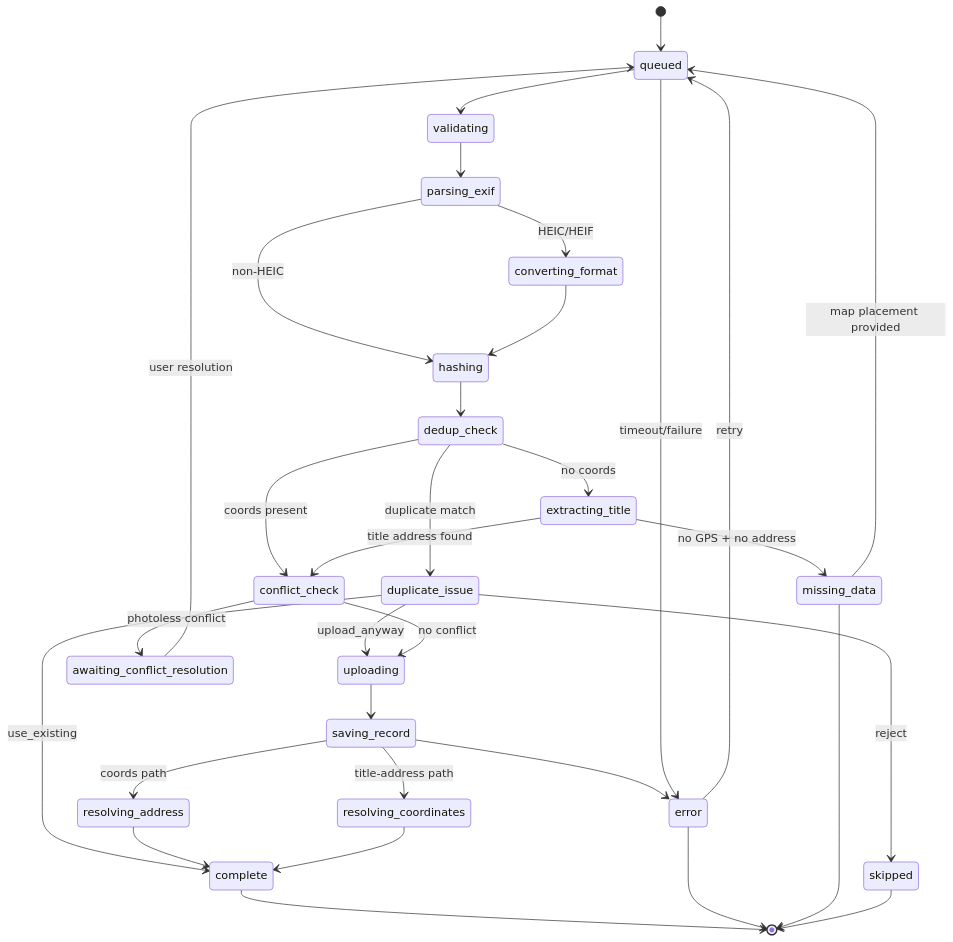
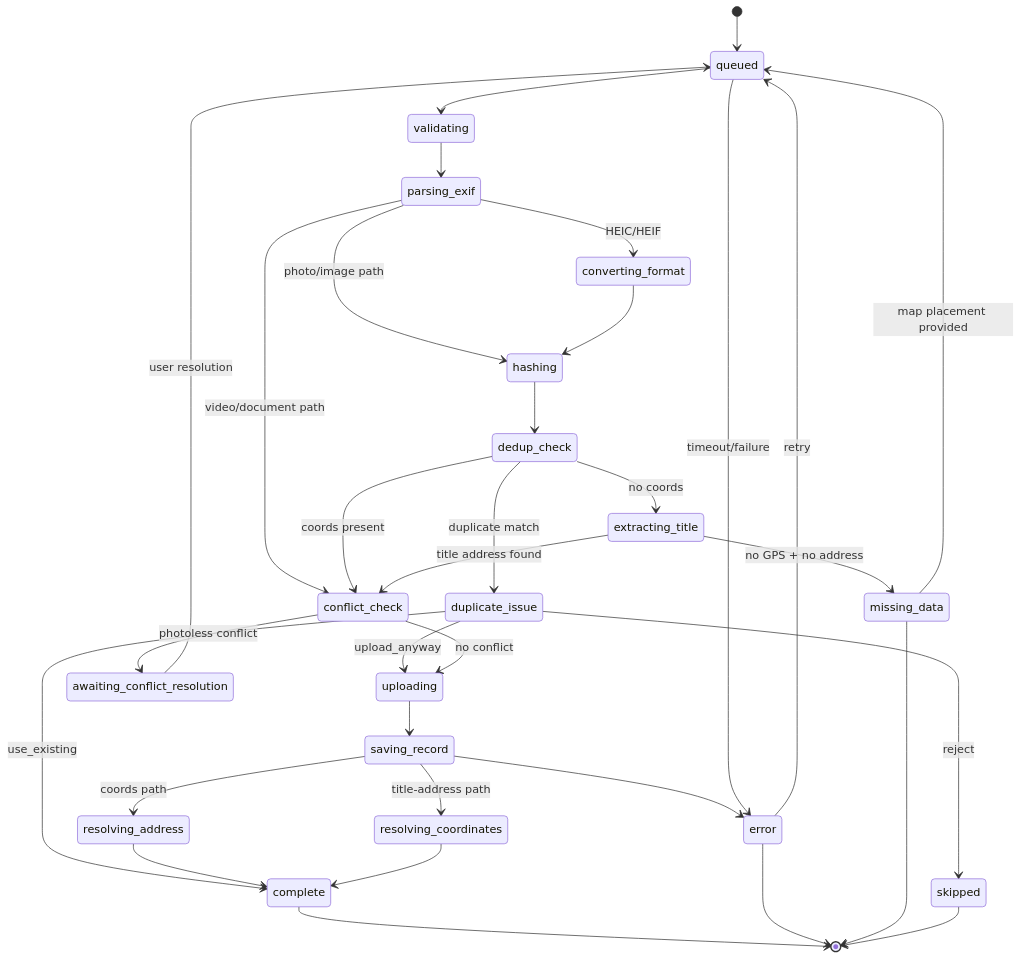
Before and after one commit to matkleve/feldpost: the fourth of 6 diagrams in docs/element-specs/upload-panel.md, drawn with Mermaid. The commit also changed other lines of this file and 23 other files, not shown here.

````diff
--- a/docs/element-specs/upload-panel.md
+++ b/docs/element-specs/upload-panel.md
@@ -131,34 +194,35 @@
 ```mermaid
 stateDiagram-v2
   [*] --> queued
   queued --> validating
   validating --> parsing_exif
   parsing_exif --> converting_format: HEIC/HEIF
-  parsing_exif --> hashing: non-HEIC
+  parsing_exif --> hashing: photo/image path
+  parsing_exif --> conflict_check: video/document path
   converting_format --> hashing
   hashing --> dedup_check
   dedup_check --> duplicate_issue: duplicate match
   duplicate_issue --> complete: use_existing
   duplicate_issue --> uploading: upload_anyway
   duplicate_issue --> skipped: reject
   dedup_check --> extracting_title: no coords
   dedup_check --> conflict_check: coords present
   extracting_title --> conflict_check: title address found
   extracting_title --> missing_data: no GPS + no address
   conflict_check --> awaiting_conflict_resolution: photoless conflict
   awaiting_conflict_resolution --> queued: user resolution
   conflict_check --> uploading: no conflict
   uploading --> saving_record
   saving_record --> resolving_address: coords path
   saving_record --> resolving_coordinates: title-address path
   saving_record --> error
   resolving_address --> complete
   resolving_coordinates --> complete
   missing_data --> queued: map placement provided
   queued --> error: timeout/failure
   error --> queued: retry
   complete --> [*]
   error --> [*]
   missing_data --> [*]
   skipped --> [*]
 ```
````
